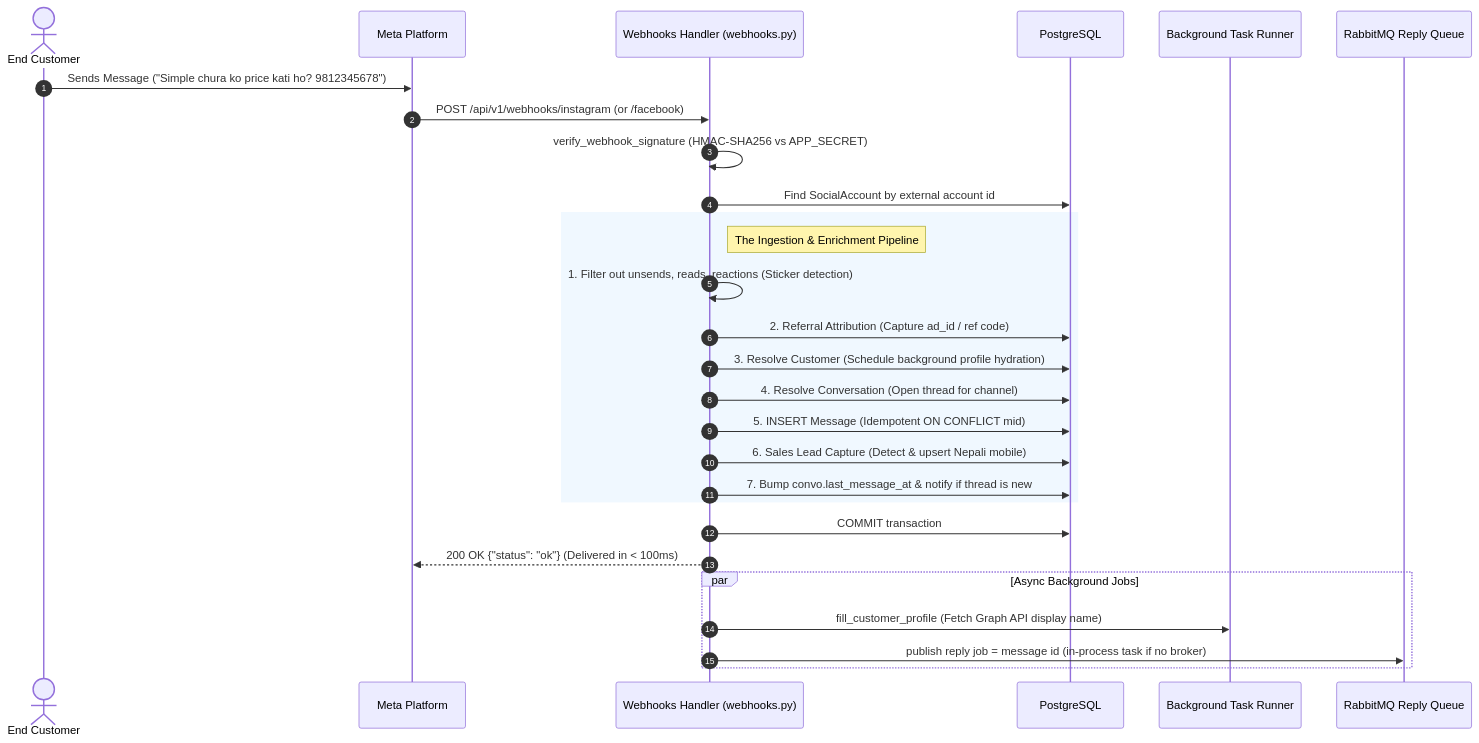
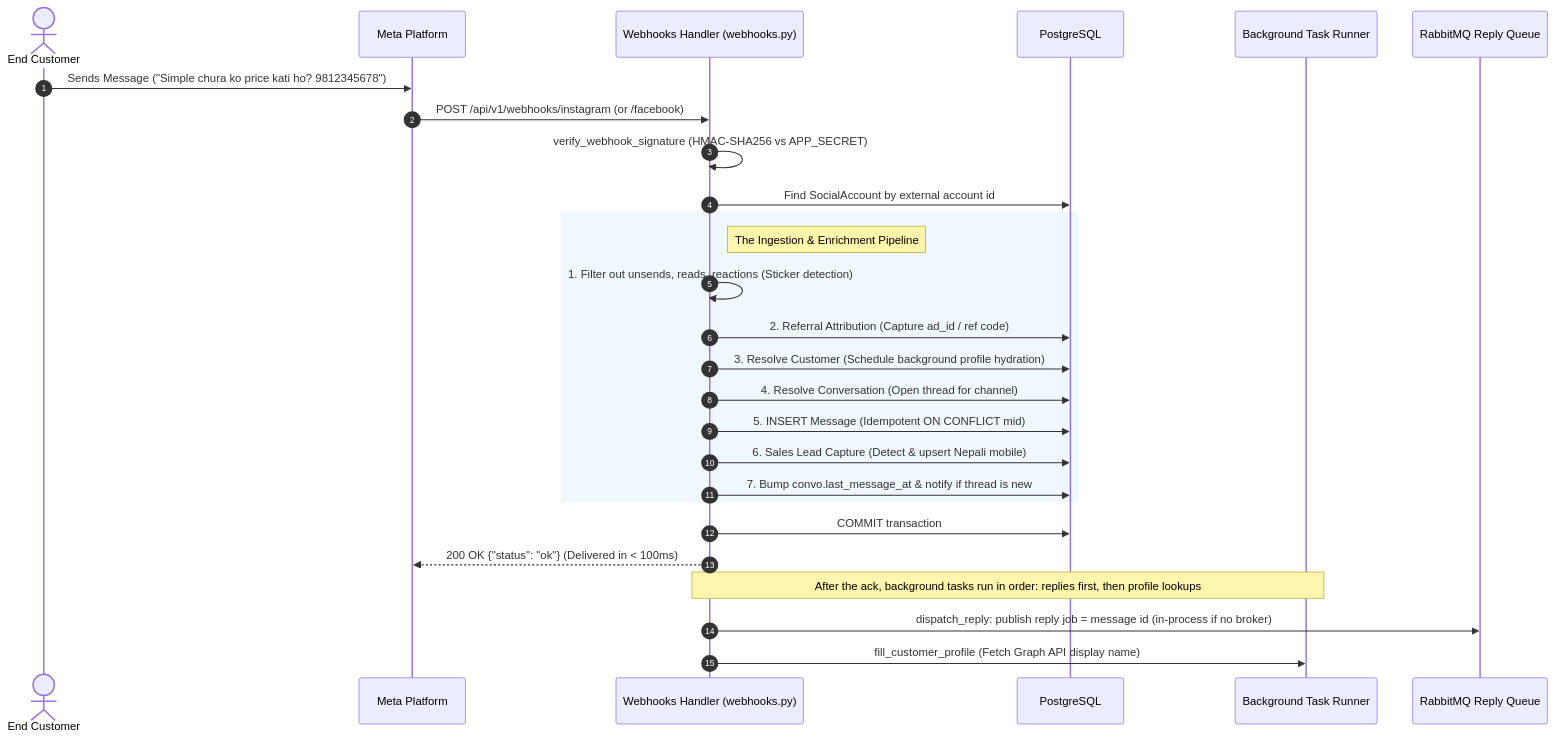
The third of 6 diagrams in docs/system-flow.md (ajahi/sanchar-back), drawn with Mermaid before and after one commit. The commit also changed other lines of this file and 8 other files, not shown here.

````diff
--- a/docs/system-flow.md
+++ b/docs/system-flow.md
@@ -138,34 +139,33 @@
 ```mermaid
 sequenceDiagram
     autonumber
     actor Customer as End Customer
     participant Meta as Meta Platform
     participant WH as Webhooks Handler (webhooks.py)
     participant DB as PostgreSQL
     participant BG as Background Task Runner
     participant Q as RabbitMQ Reply Queue
 
     Customer->>Meta: Sends Message ("Simple chura ko price kati ho? 9812345678")
     Meta->>WH: POST /api/v1/webhooks/instagram (or /facebook)
     WH->>WH: verify_webhook_signature (HMAC-SHA256 vs APP_SECRET)
     WH->>DB: Find SocialAccount by external account id
 
     rect rgb(240, 248, 255)
     note right of WH: The Ingestion & Enrichment Pipeline
     WH->>WH: 1. Filter out unsends, reads, reactions (Sticker detection)
     WH->>DB: 2. Referral Attribution (Capture ad_id / ref code)
     WH->>DB: 3. Resolve Customer (Schedule background profile hydration)
     WH->>DB: 4. Resolve Conversation (Open thread for channel)
     WH->>DB: 5. INSERT Message (Idempotent ON CONFLICT mid)
     WH->>DB: 6. Sales Lead Capture (Detect & upsert Nepali mobile)
     WH->>DB: 7. Bump convo.last_message_at & notify if thread is new
     end
 
     WH->>DB: COMMIT transaction
     WH-->>Meta: 200 OK {"status": "ok"} (Delivered in < 100ms)
 
-    par Async Background Jobs
-        WH->>BG: fill_customer_profile (Fetch Graph API display name)
-        WH->>Q: publish reply job = message id (in-process task if no broker)
-    end
+    Note over WH,BG: After the ack, background tasks run in order: replies first, then profile lookups
+    WH->>Q: dispatch_reply: publish reply job = message id (in-process if no broker)
+    WH->>BG: fill_customer_profile (Fetch Graph API display name)
 ```
````
